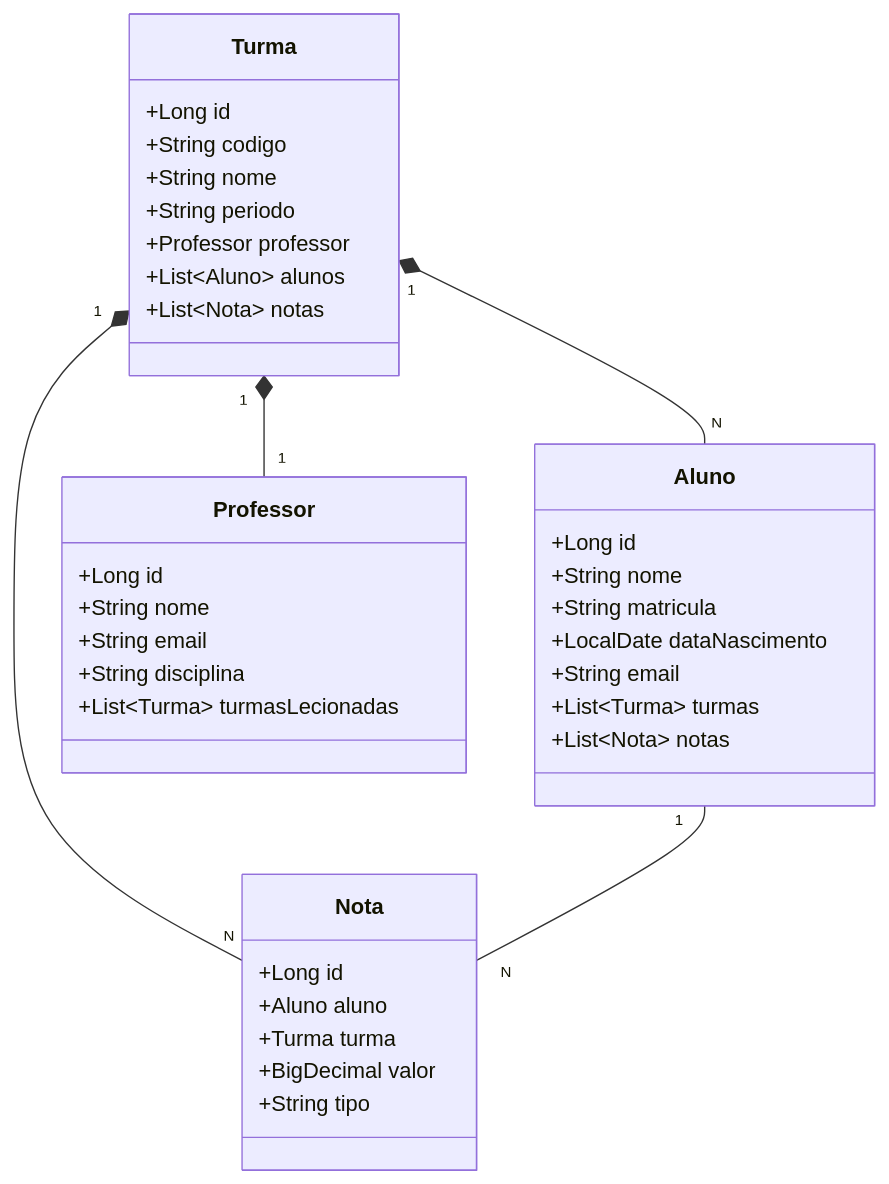
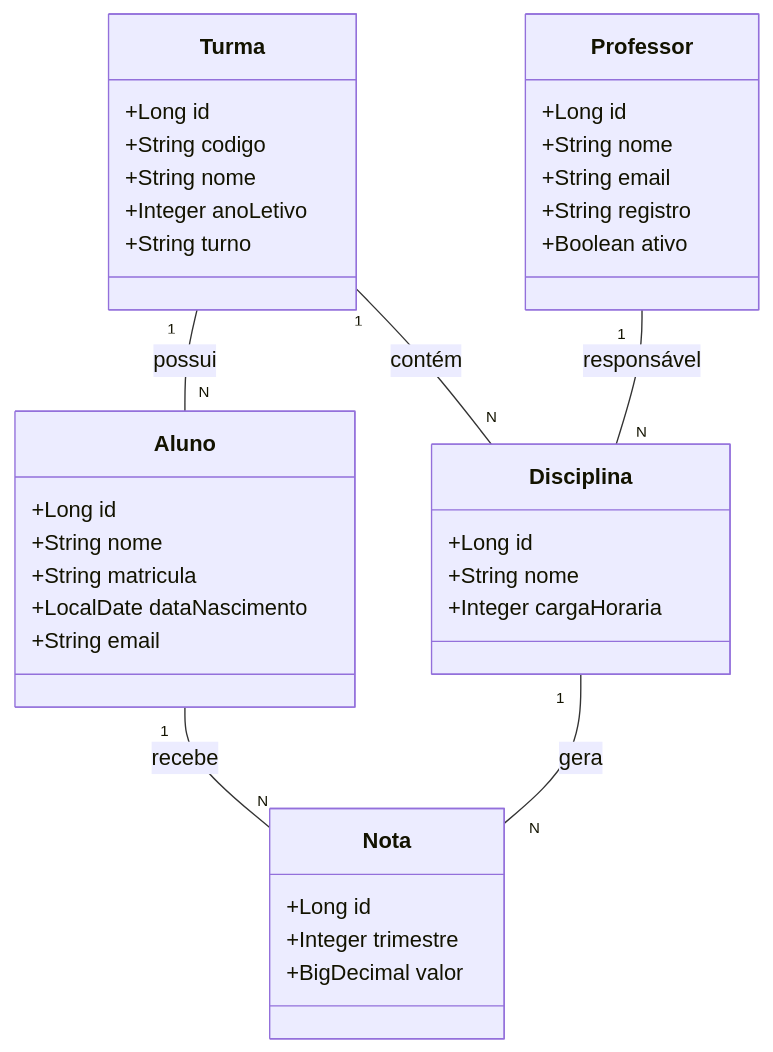
Before and after one commit to Jorleanderson/diario_escolar: the diagram in README.md, drawn with Mermaid.

Commit message:
Refactor class diagram in README.md

````diff
--- a/README.md
+++ b/README.md
@@ -7,44 +7,45 @@
 ```mermaid
 classDiagram
-      class Aluno {
+    class Turma {
+        +Long id
+        +String codigo
+        +String nome
+        +Integer anoLetivo
+        +String turno
+    }
+
+    class Aluno {
         +Long id
         +String nome
         +String matricula
         +LocalDate dataNascimento
         +String email
-        +List~Turma~ turmas
-        +List~Nota~ notas
     }
 
     class Professor {
         +Long id
         +String nome
         +String email
-        +String disciplina
-        +List~Turma~ turmasLecionadas
+        +String registro
+        +Boolean ativo
     }
 
-   class Nota {
+    class Disciplina {
         +Long id
-        +Aluno aluno
-        +Turma turma
-        +BigDecimal valor
-        +String tipo
+        +String nome
+        +Integer cargaHoraria
     }
 
-    class Turma {
+    class Nota {
         +Long id
-        +String codigo
-        +String nome
-        +String periodo
-        +Professor professor
-        +List~Aluno~ alunos
-        +List~Nota~ notas
+        +Integer trimestre
+        +BigDecimal valor
     }
 
-      Turma "1" *-- "1" Professor
-      Turma "1" *-- "N" Aluno
-      Turma "1" *-- "N" Nota
-      Aluno "1" -- "N" Nota
+    Turma "1" -- "N" Aluno : possui
+    Turma "1" -- "N" Disciplina : contém
+    Professor "1" -- "N" Disciplina : responsável
+    Disciplina "1" -- "N" Nota : gera
+    Aluno "1" -- "N" Nota : recebe
 
 ```
````
